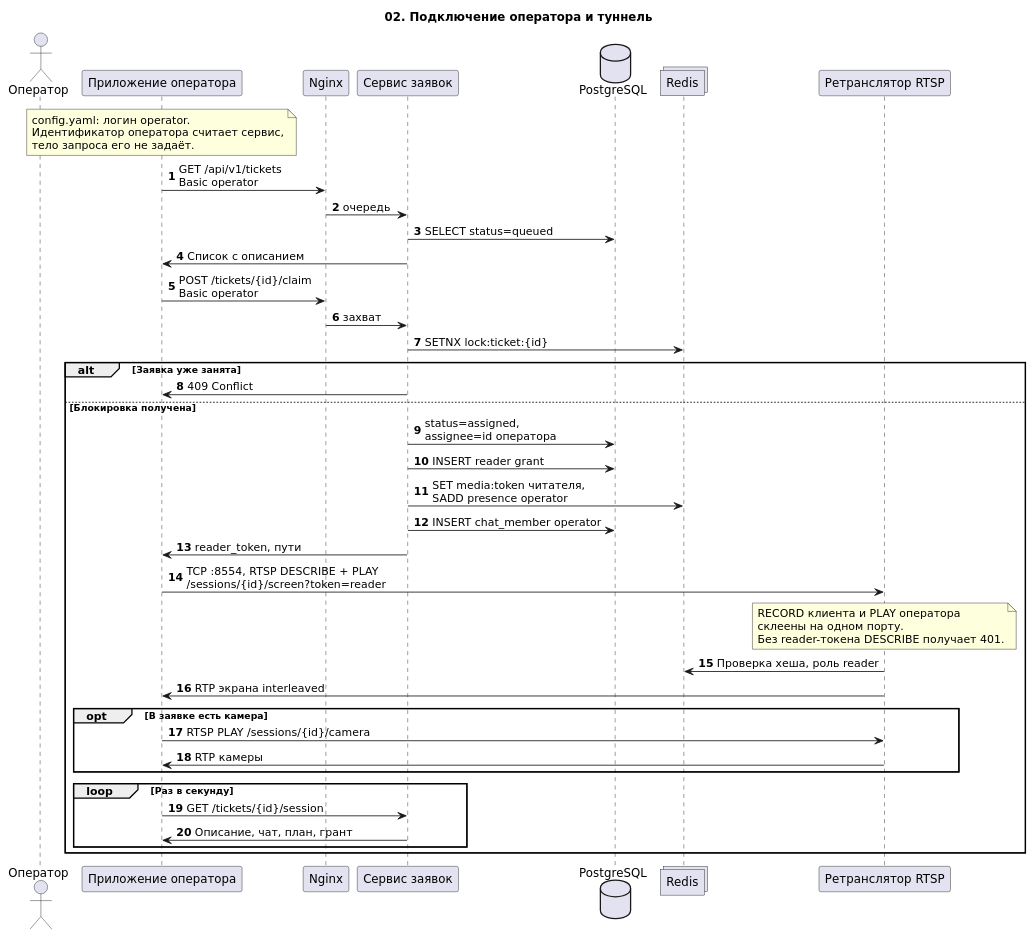
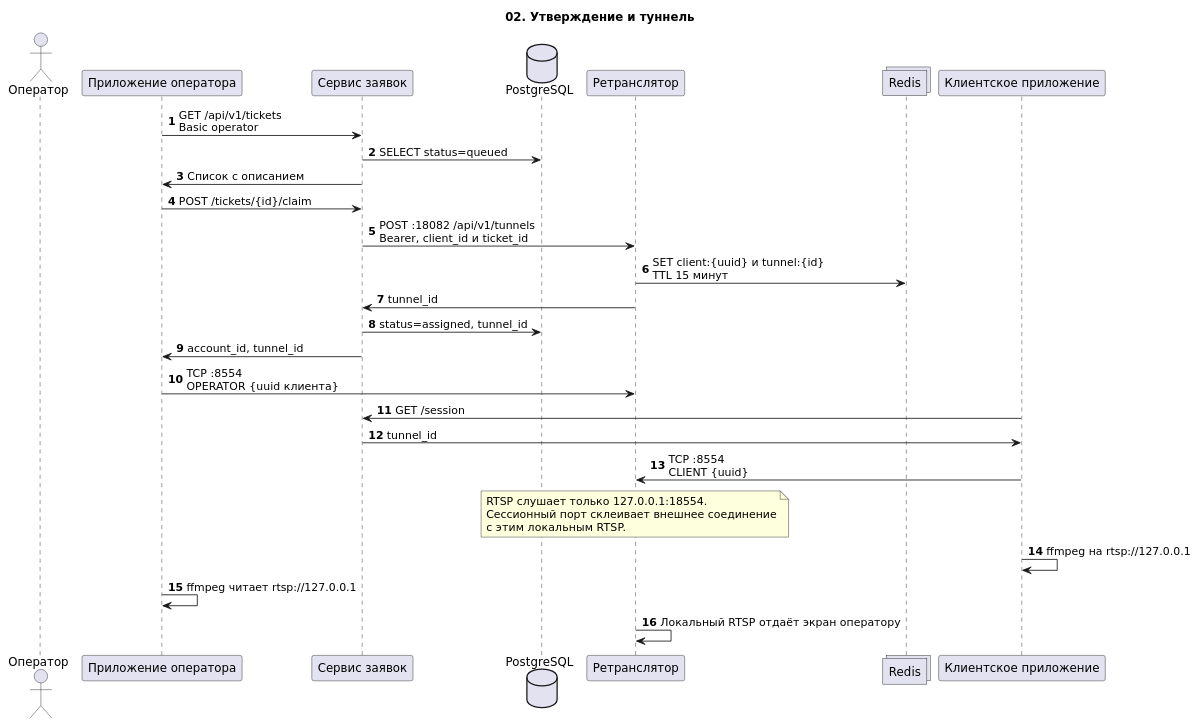
Before and after one commit to atroxxxxxx/team-viewer: the diagram in docs/uml/02-operator-connect.puml, drawn with PlantUML. The commit also changed 80 other files, not shown here.

```diff
--- a/docs/uml/02-operator-connect.puml
+++ b/docs/uml/02-operator-connect.puml
@@ -1,57 +1,40 @@
 @startuml 02-operator-connect
-title 02. Подключение оператора и туннель
+title 02. Утверждение и туннель
 skinparam defaultFontName DejaVu Sans
 skinparam sequenceMessageAlign left
 autonumber
 
 actor "Оператор" as Operator
-participant "Приложение оператора" as App
-participant "Nginx" as Edge
+participant "Приложение оператора" as Op
 participant "Сервис заявок" as Tickets
 database "PostgreSQL" as DB
+participant "Ретранслятор" as Relay
 collections "Redis" as Cache
-participant "Ретранслятор RTSP" as Relay
+participant "Клиентское приложение" as Client
 
-note over App
-  config.yaml: логин operator.
-  Идентификатор оператора считает сервис,
-  тело запроса его не задаёт.
+Op -> Tickets : GET /api/v1/tickets\nBasic operator
+Tickets -> DB : SELECT status=queued
+Tickets -> Op : Список с описанием
+
+Op -> Tickets : POST /tickets/{id}/claim
+Tickets -> Relay : POST :18082 /api/v1/tunnels\nBearer, client_id и ticket_id
+Relay -> Cache : SET client:{uuid} и tunnel:{id}\nTTL 15 минут
+Relay -> Tickets : tunnel_id
+Tickets -> DB : status=assigned, tunnel_id
+Tickets -> Op : account_id, tunnel_id
+
+Op -> Relay : TCP :8554\nOPERATOR {uuid клиента}
+Client -> Tickets : GET /session
+Tickets -> Client : tunnel_id
+Client -> Relay : TCP :8554\nCLIENT {uuid}
+
+note over Relay
+  RTSP слушает только 127.0.0.1:18554.
+  Сессионный порт склеивает внешнее соединение
+  с этим локальным RTSP.
 end note
-App -> Edge : GET /api/v1/tickets\nBasic operator
-Edge -> Tickets : очередь
-Tickets -> DB : SELECT status=queued
-Tickets -> App : Список с описанием
 
-App -> Edge : POST /tickets/{id}/claim\nBasic operator
-Edge -> Tickets : захват
-Tickets -> Cache : SETNX lock:ticket:{id}
-
-alt Заявка уже занята
-  Tickets -> App : 409 Conflict
-else Блокировка получена
-  Tickets -> DB : status=assigned,\nassignee=id оператора
-  Tickets -> DB : INSERT reader grant
-  Tickets -> Cache : SET media:token читателя,\nSADD presence operator
-  Tickets -> DB : INSERT chat_member operator
-  Tickets -> App : reader_token, пути
-
-  App -> Relay : TCP :8554, RTSP DESCRIBE + PLAY\n/sessions/{id}/screen?token=reader
-  note over Relay
-    RECORD клиента и PLAY оператора
-    склеены на одном порту.
-    Без reader-токена DESCRIBE получает 401.
-  end note
-  Relay -> Cache : Проверка хеша, роль reader
-  Relay -> App : RTP экрана interleaved
-
-  opt В заявке есть камера
-    App -> Relay : RTSP PLAY /sessions/{id}/camera
-    Relay -> App : RTP камеры
-  end
-
-  loop Раз в секунду
-    App -> Tickets : GET /tickets/{id}/session
-    Tickets -> App : Описание, чат, план, грант
-  end
-end
+Client -> Client : ffmpeg на rtsp://127.0.0.1
+Op -> Op : ffmpeg читает rtsp://127.0.0.1
+Relay -> Relay : Локальный RTSP отдаёт экран оператору
 @enduml
```
